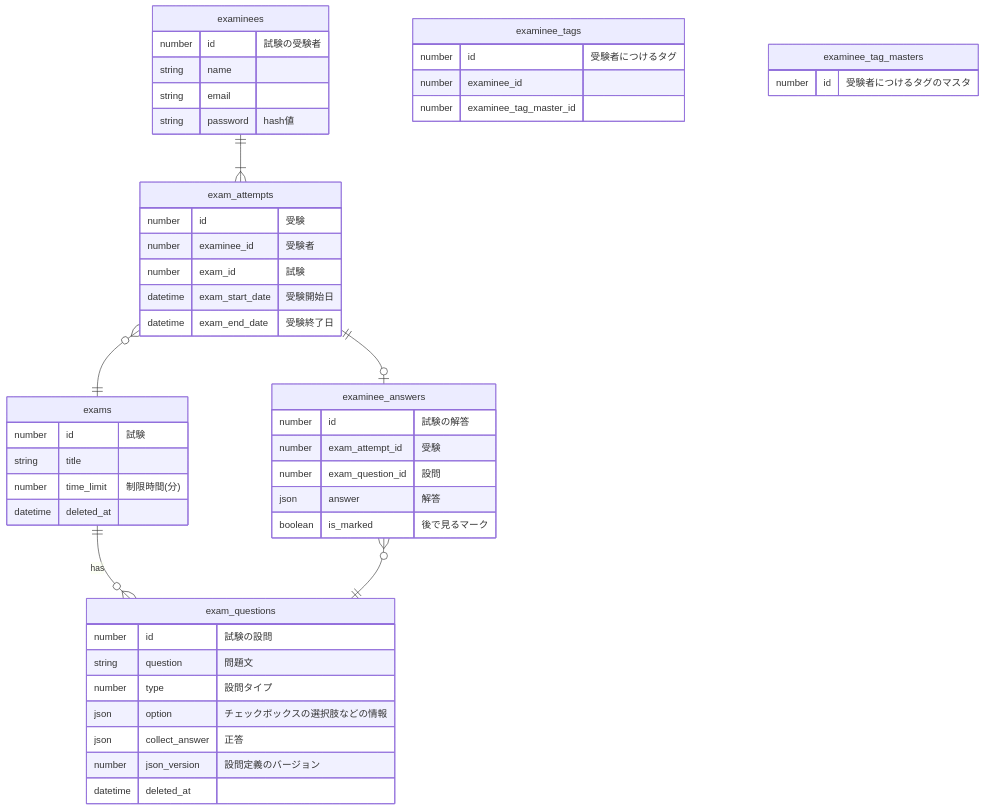
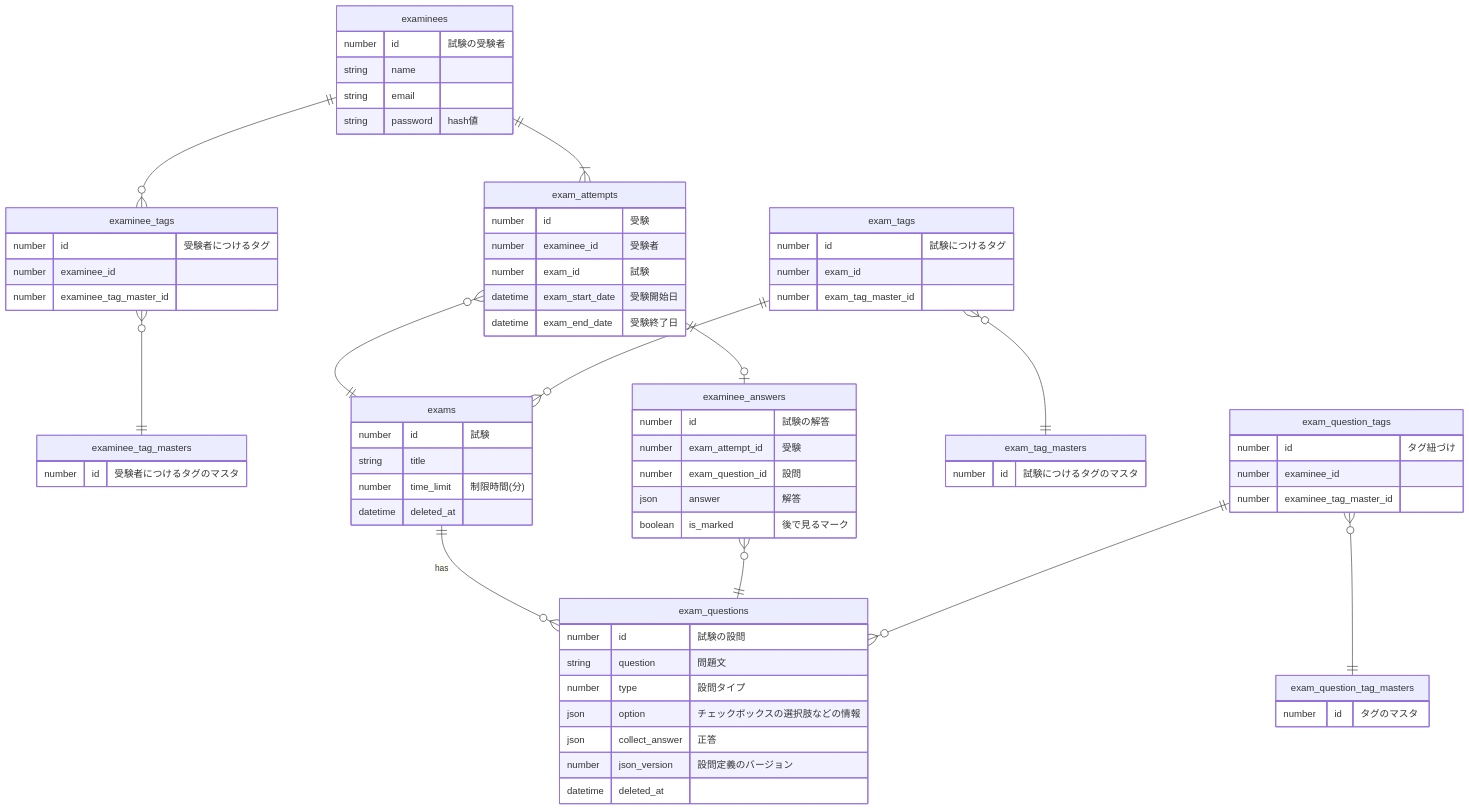
One commit to Nagisa-Ishikawa/AptitudeQuizMaster changed the diagram in doc/設計_ER図.md. Above: the diagram before and after it, drawn with Mermaid. The commit also changed 2 other files, not shown here.

Commit message:
ワイヤーフレーム追加

````diff
--- a/doc/設計_ER図.md
+++ b/doc/設計_ER図.md
@@ -23,54 +23,78 @@
 ```mermaid
 erDiagram
 	examinees {
 		number id "試験の受験者"
 		string name
 		string email
 		string password "hash値"
 	}
 	examinee_tags {
 		number id "受験者につけるタグ"
 		number examinee_id
 		number examinee_tag_master_id
 	}
 	examinee_tag_masters {
 		number id "受験者につけるタグのマスタ"
 	}
 	exam_attempts{
 		number id "受験"
 		number examinee_id "受験者"
 		number exam_id "試験"
 		datetime exam_start_date "受験開始日"
 		datetime exam_end_date "受験終了日"
 	}
 	examinee_answers {
 		number id "試験の解答"
 		number exam_attempt_id "受験"
 		number exam_question_id "設問"
 		json answer "解答"
 		boolean is_marked "後で見るマーク"
 	}
 	exams {
 		number id "試験"
 		string title
 		number time_limit "制限時間(分)"
 		datetime deleted_at
 	}
+	exam_tags {
+		number id "試験につけるタグ"
+		number exam_id
+		number exam_tag_master_id
+	}
+	exam_tag_masters {
+		number id "試験につけるタグのマスタ"
+	}
 	exam_questions {
 		number id "試験の設問"
 		string question "問題文"
 		number type "設問タイプ"
 		json option "チェックボックスの選択肢などの情報"
 		json collect_answer "正答"
 		number json_version "設問定義のバージョン"
 		datetime deleted_at
 	}
+	exam_question_tags {
+		number id "タグ紐づけ"
+		number examinee_id
+		number examinee_tag_master_id
+	}
+	exam_question_tag_masters {
+		number id "タグのマスタ"
+	}
 
 	examinees ||--|{ exam_attempts : ""
 	exam_attempts ||--o| examinee_answers: ""
 	exam_attempts }o--|| exams: ""
 	exams ||--o{ exam_questions : "has"
 	examinee_answers }o--|| exam_questions : ""
+
+	examinees ||--o{ examinee_tags : ""
+	examinee_tags }o--|| examinee_tag_masters : ""
+	exam_question_tags ||--o{ exam_questions : ""
+	exam_question_tags }o--|| exam_question_tag_masters : ""
+	exam_tags ||--o{ exams : ""
+	exam_tags }o--|| exam_tag_masters : ""
+	
 	
 
 ```
````
